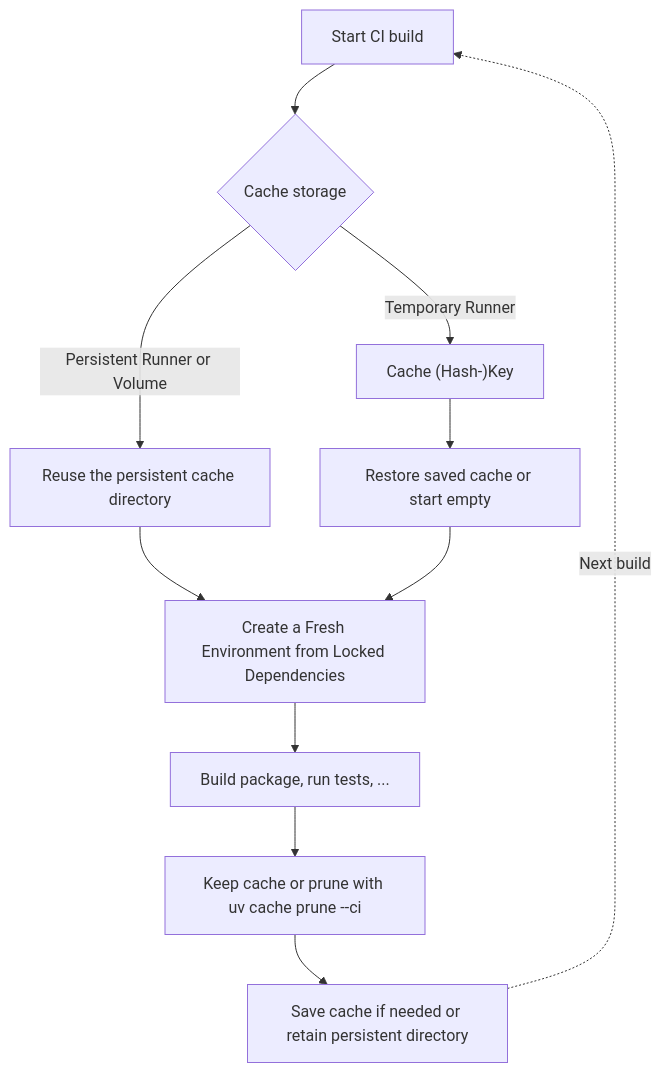
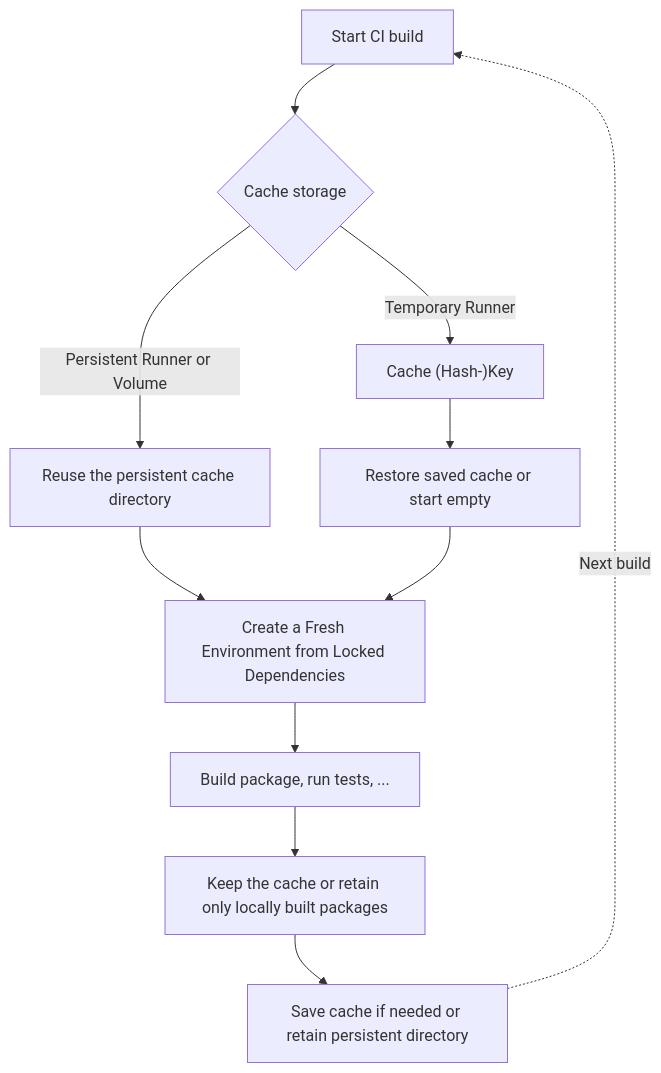
The diagram in docs/chapter-03/section-03.md (ValentinTwin1206/modern-python-devops-egineering), drawn with Mermaid before and after one commit. The commit also changed other lines of this file and 10 other files, not shown here.

````diff
--- a/docs/chapter-03/section-03.md
+++ b/docs/chapter-03/section-03.md
@@ -236,13 +238,13 @@
 ```mermaid
 flowchart TD
     start["Start CI build"] --> storage{"Cache storage"}
     storage -->|"Persistent Runner or Volume"| persistent["Reuse the persistent cache directory"]
     storage -->|"Temporary Runner"| key["Cache (Hash-)Key"]
     key --> restore["Restore saved cache or start empty"]
     persistent --> sync["Create a Fresh Environment from Locked Dependencies"]
     restore --> sync
     sync --> verify["Build package, run tests, ..."]
-    verify --> prune["Keep cache or prune with uv cache prune --ci"]
+    verify --> prune["Keep the cache or retain only locally built packages"]
     prune --> retain["Save cache if needed or retain persistent directory"]
     retain -. "Next build" .-> start
 ```
````
